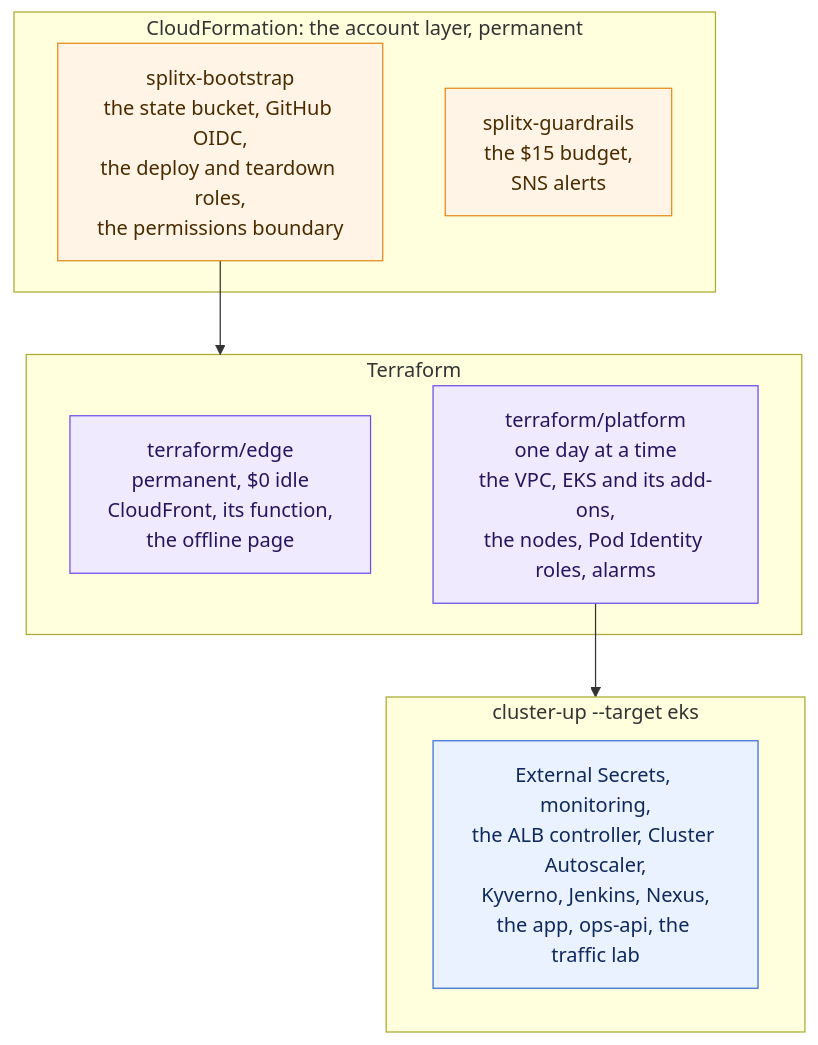
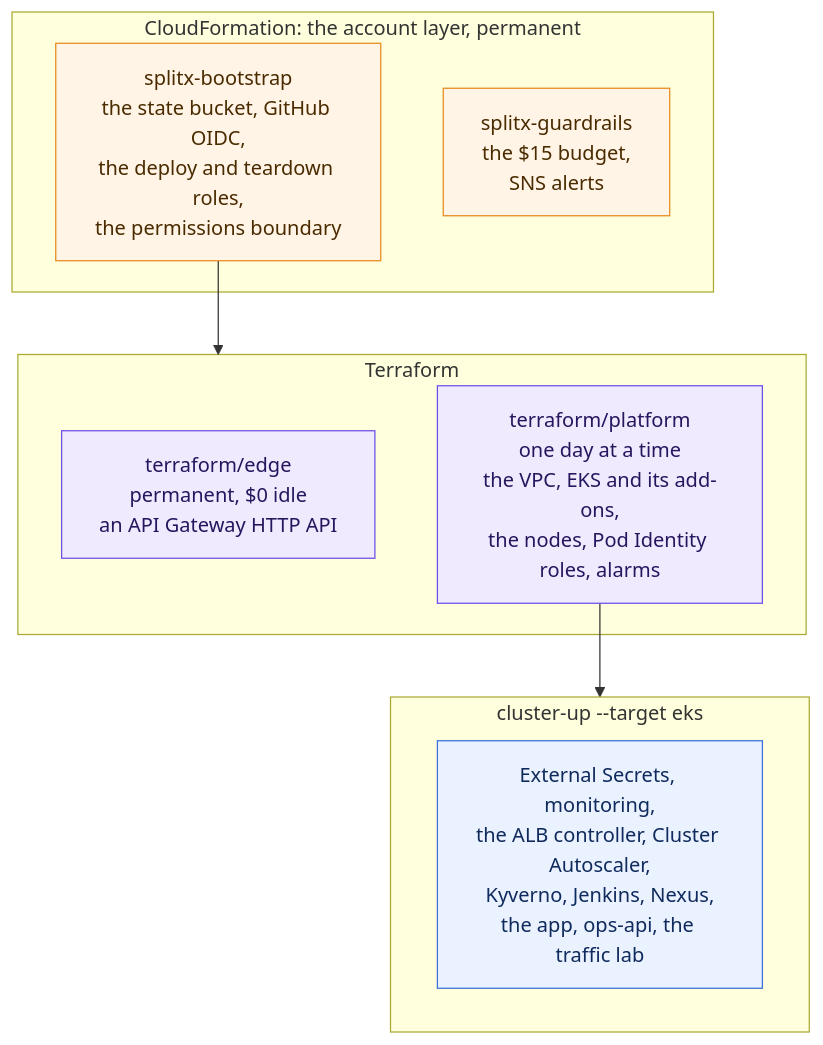
The fifth of 7 diagrams in README.md (Sayandip-Jana-1018/SplitX), drawn with Mermaid before and after one commit. The commit also changed other lines of this file and 59 other files, not shown here.

````diff
--- a/README.md
+++ b/README.md
@@ -226,23 +226,23 @@
 ```mermaid
 flowchart TB
     subgraph cfn["CloudFormation: the account layer, permanent"]
         boot["splitx-bootstrap<br/>the state bucket, GitHub OIDC,<br/>the deploy and teardown roles,<br/>the permissions boundary"]
         guard["splitx-guardrails<br/>the $15 budget,<br/>SNS alerts"]
     end
     subgraph tf["Terraform"]
-        edge["terraform/edge<br/>permanent, $0 idle<br/>CloudFront, its function,<br/>the offline page"]
+        edge["terraform/edge<br/>permanent, $0 idle<br/>an API Gateway HTTP API"]
         plat["terraform/platform<br/>one day at a time<br/>the VPC, EKS and its add-ons,<br/>the nodes, Pod Identity roles, alarms"]
     end
     subgraph up["cluster-up --target eks"]
         sw["External Secrets, monitoring,<br/>the ALB controller, Cluster Autoscaler,<br/>Kyverno, Jenkins, Nexus,<br/>the app, ops-api, the traffic lab"]
     end
     boot --> tf
     plat --> up
 
     classDef cfn fill:#fff4e5,stroke:#e8891b,color:#4a2b00
     classDef tf fill:#efeafe,stroke:#6d4ee8,color:#27165e
     classDef k8s fill:#eaf1ff,stroke:#3b6fd8,color:#0f2a5c
     class boot,guard cfn
     class edge,plat tf
     class sw k8s
 ```
````
